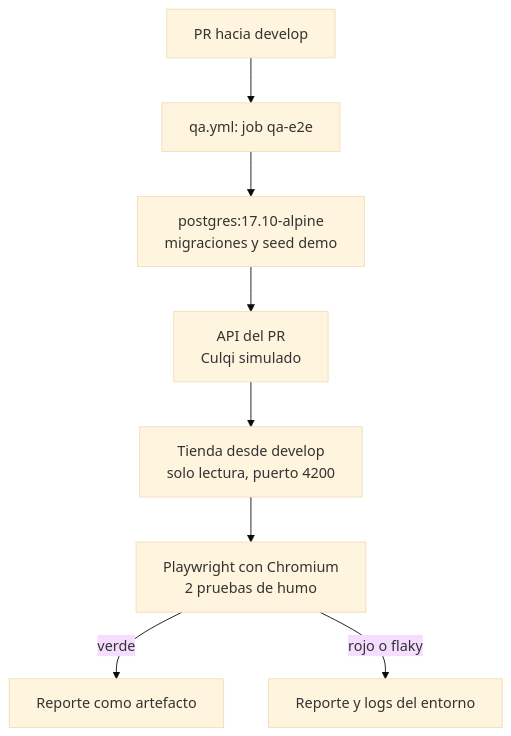
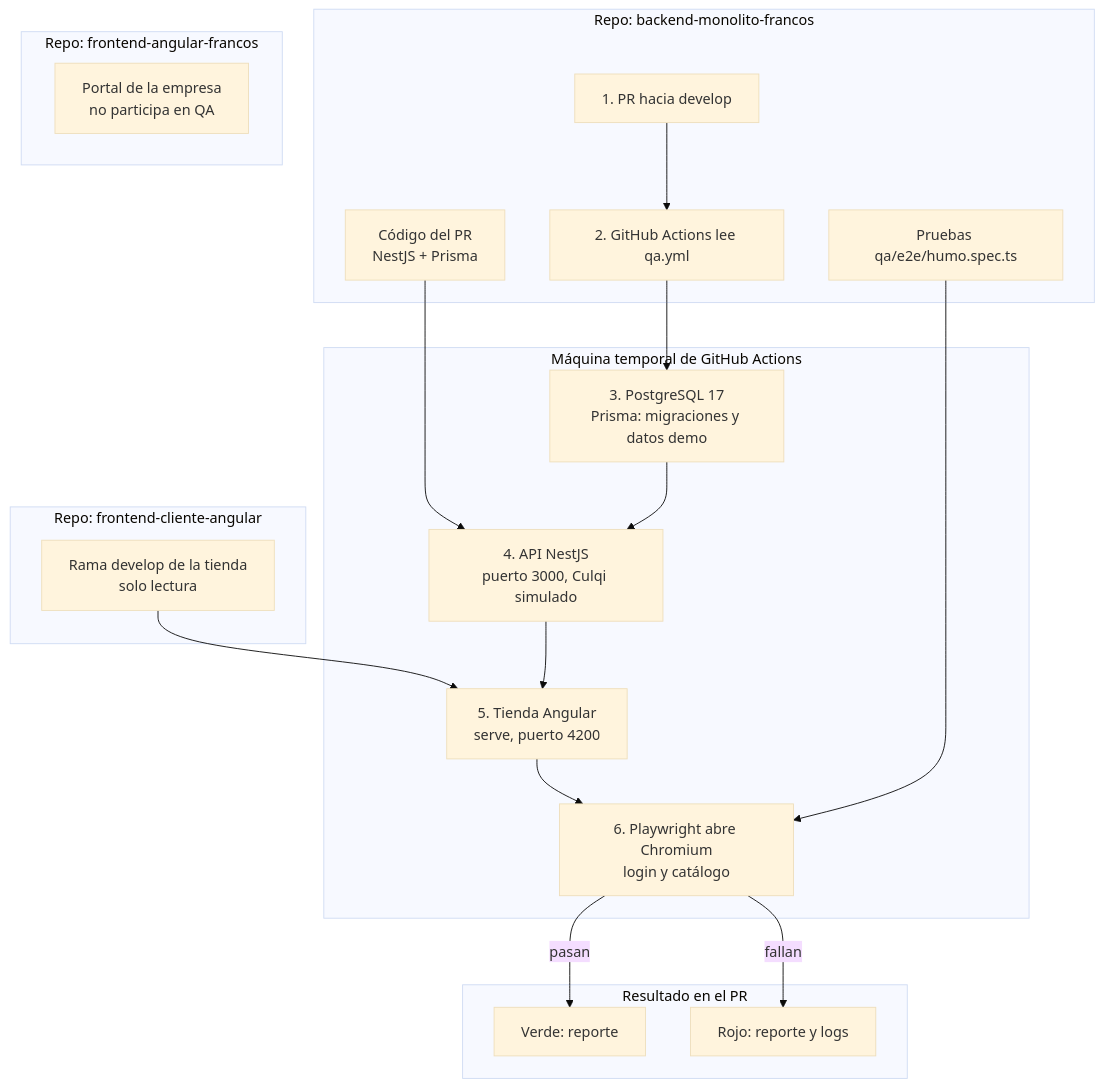
Before and after one commit to marksato13/francos-dev-workspace: the diagram in context/qa.md, drawn with Mermaid (base theme).

Commit message:
docs: diagrama del pipeline de QA con repos y herramientas

````diff
--- a/context/qa.md
+++ b/context/qa.md
@@ -8,10 +8,40 @@
 ```mermaid
 flowchart TD
-  PR["PR hacia develop"] --> Q["qa.yml: job qa-e2e"]
-  Q --> DB["postgres:17.10-alpine<br/>migraciones y seed demo"]
-  DB --> API["API del PR<br/>Culqi simulado"]
-  API --> T["Tienda desde develop<br/>solo lectura, puerto 4200"]
-  T --> P["Playwright con Chromium<br/>2 pruebas de humo"]
-  P -- "verde" --> R["Reporte como artefacto"]
-  P -- "rojo o flaky" --> L["Reporte y logs del entorno"]
+  subgraph R1["Repo: backend-monolito-francos"]
+    PR["1. PR hacia develop"]
+    QA["2. GitHub Actions lee qa.yml"]
+    SRC["Código del PR<br/>NestJS + Prisma"]
+    SPEC["Pruebas qa/e2e/humo.spec.ts"]
+  end
+
+  subgraph R2["Repo: frontend-cliente-angular"]
+    TD["Rama develop de la tienda<br/>solo lectura"]
+  end
+
+  subgraph R3["Repo: frontend-angular-francos"]
+    PE["Portal de la empresa<br/>no participa en QA"]
+  end
+
+  subgraph RUN["Máquina temporal de GitHub Actions"]
+    DB["3. PostgreSQL 17<br/>Prisma: migraciones y datos demo"]
+    API["4. API NestJS<br/>puerto 3000, Culqi simulado"]
+    WEB["5. Tienda Angular<br/>serve, puerto 4200"]
+    PW["6. Playwright abre Chromium<br/>login y catálogo"]
+  end
+
+  subgraph OUT["Resultado en el PR"]
+    OK["Verde: reporte"]
+    KO["Rojo: reporte y logs"]
+  end
+
+  PR --> QA
+  QA --> DB
+  SRC --> API
+  DB --> API
+  TD --> WEB
+  API --> WEB
+  WEB --> PW
+  SPEC --> PW
+  PW -- "pasan" --> OK
+  PW -- "fallan" --> KO
 ```
````
